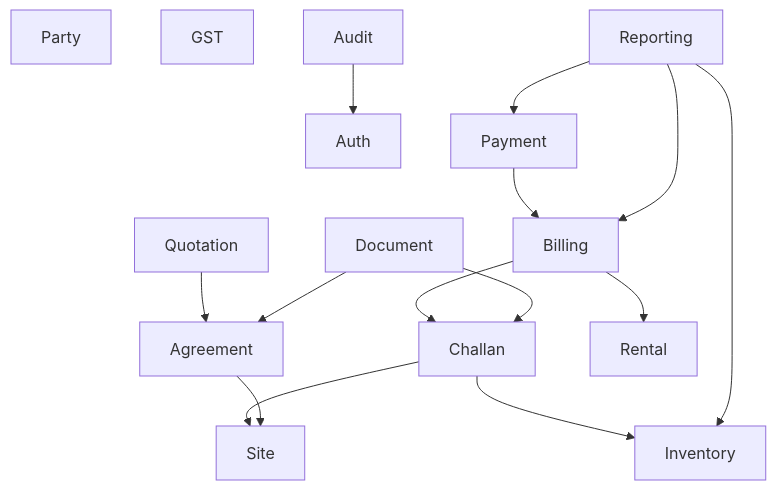
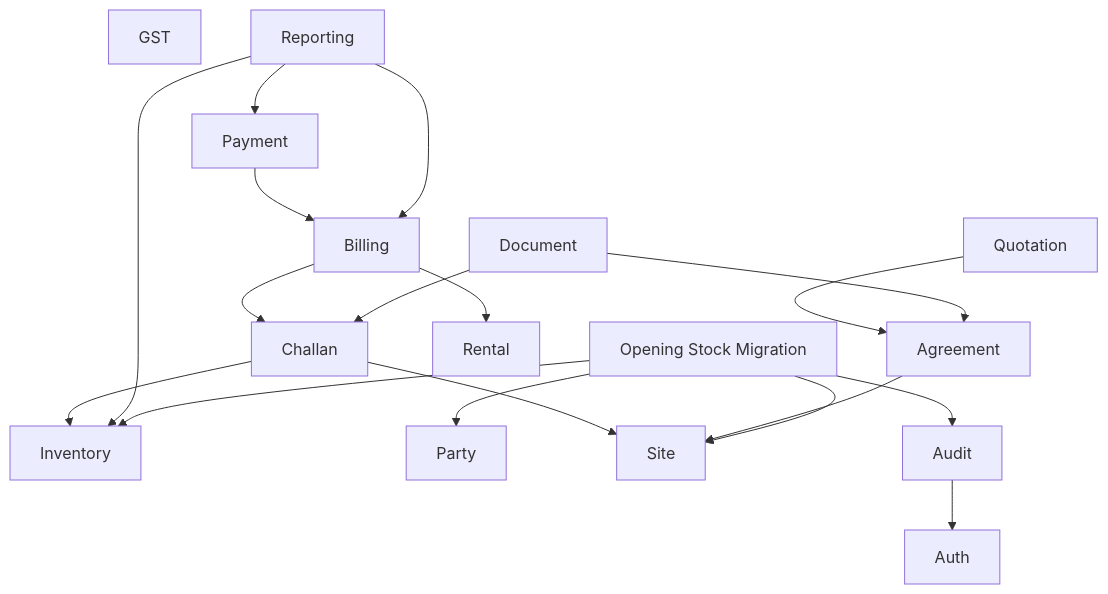
One commit to niraj045/StockSync changed the second of 2 diagrams in docs/04_SYSTEM_ARCHITECTURE.md. Above: the diagram before and after it, drawn with Mermaid. The commit also changed other lines of this file and 66 other files, not shown here.

Commit message:
Complete Phase 4.1 opening stock import

````diff
--- a/docs/04_SYSTEM_ARCHITECTURE.md
+++ b/docs/04_SYSTEM_ARCHITECTURE.md
@@ -30,31 +30,36 @@
 ```mermaid
 flowchart TB
     Auth[Auth]
     Inventory[Inventory]
     Party[Party]
     Site[Site]
     Quotation[Quotation]
     Agreement[Agreement]
     Challan[Challan]
     Rental[Rental]
     Billing[Billing]
     Payment[Payment]
     GST[GST]
     Reporting[Reporting]
     Document[Document]
     Audit[Audit]
+    Migration[Opening Stock Migration]
 
     Challan --> Inventory
     Challan --> Site
     Agreement --> Site
     Quotation --> Agreement
     Billing --> Rental
     Billing --> Challan
     Payment --> Billing
     Reporting --> Inventory
     Reporting --> Billing
     Reporting --> Payment
     Document --> Agreement
     Document --> Challan
     Audit --> Auth
+    Migration --> Inventory
+    Migration --> Party
+    Migration --> Site
+    Migration --> Audit
 ```
````
